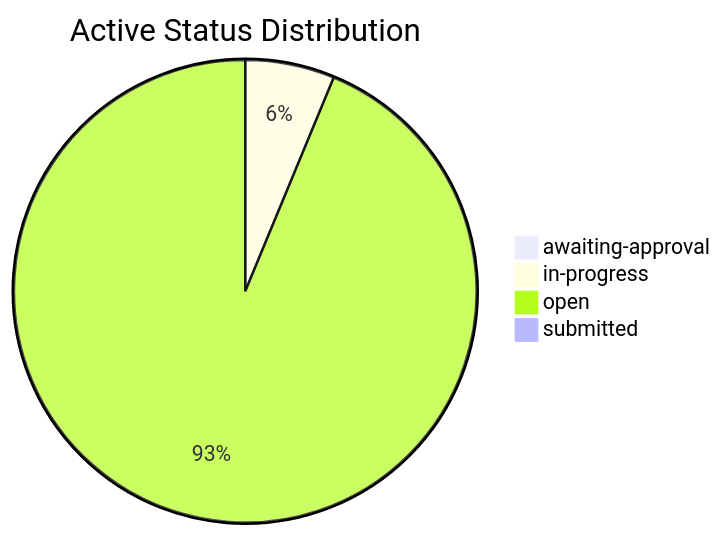
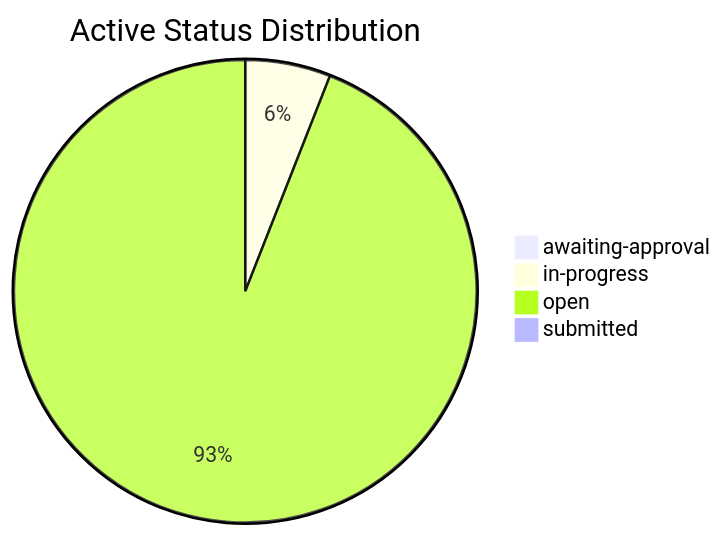
One commit to mgosal/5et.uk changed the second of 3 diagrams in dashboard.md. Above: the diagram before and after it, drawn with Mermaid. The commit also changed other lines of this file and 6 other files, not shown here.

````diff
--- a/dashboard.md
+++ b/dashboard.md
@@ -272,7 +444,7 @@
 ```mermaid
 pie title Active Status Distribution
     "awaiting-approval" : 1
     "in-progress" : 13
-    "open" : 195
+    "open" : 205
     "submitted" : 1
 ```
````
